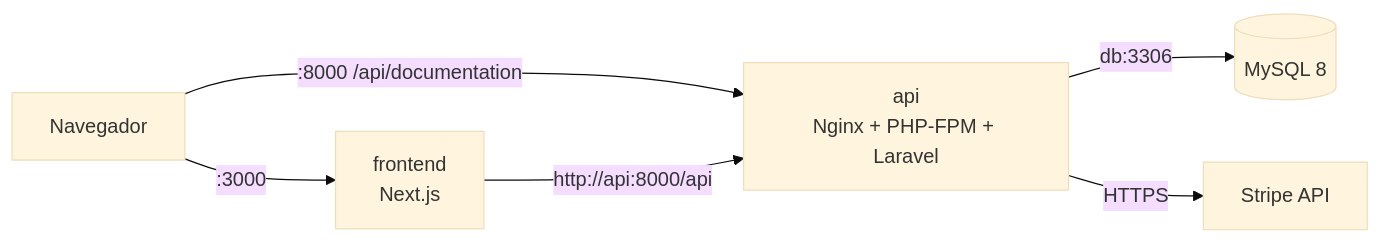
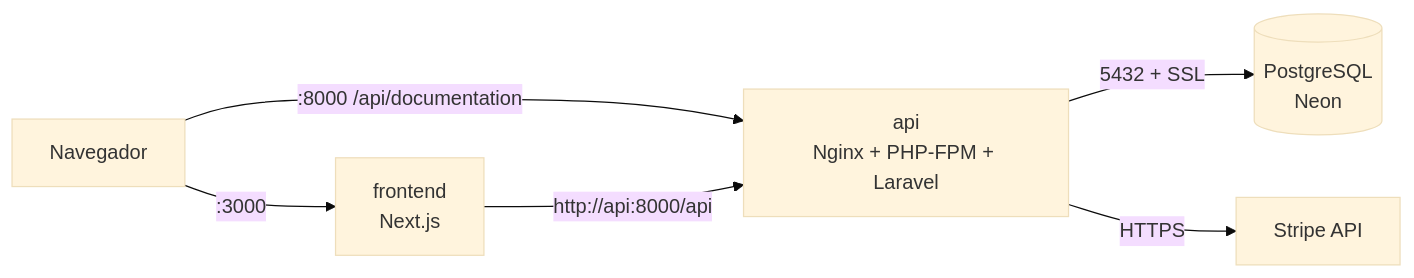
The diagram in README.md (Baljeet2000-ai/tiendita-ecommerce), drawn with Mermaid (base theme) before and after one commit. The commit also changed other lines of this file, not shown here.

Commit message:
Update README for Neon PostgreSQL

````diff
--- a/README.md
+++ b/README.md
@@ -5,8 +7,8 @@
 ```mermaid
 flowchart LR
   user[Navegador] -->|:3000| web[frontend<br/>Next.js]
   user -->|:8000 /api/documentation| api
   web -->|http://api:8000/api| api[api<br/>Nginx + PHP-FPM + Laravel]
-  api -->|db:3306| db[(MySQL 8)]
+  api -->|5432 + SSL| db[(PostgreSQL<br/>Neon)]
   api -->|HTTPS| stripe[Stripe API]
 ```
````
